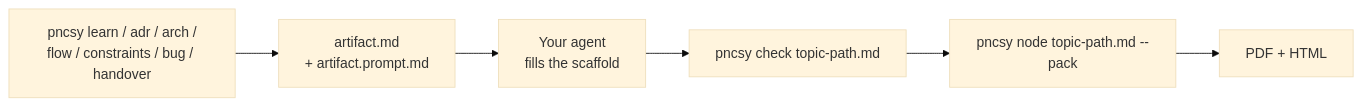
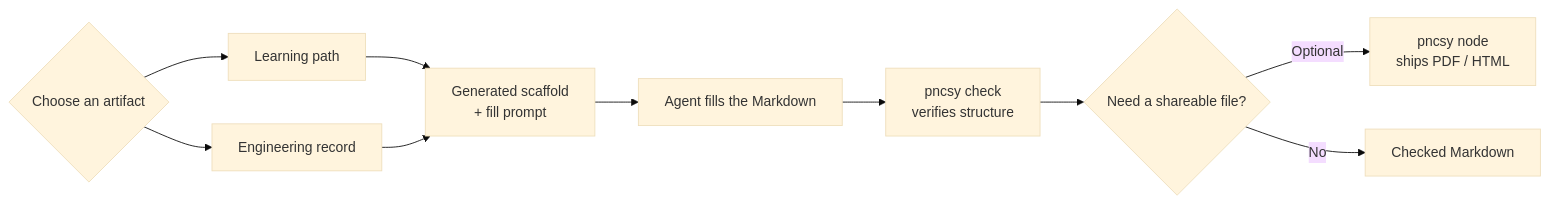
The diagram in README.md (kushjaggi/pncsy), drawn with Mermaid (base theme) before and after one commit. The commit also changed other lines of this file, not shown here.

Commit message:
docs: clarify artifact workflow

````diff
--- a/README.md
+++ b/README.md
@@ -40,8 +40,12 @@
 ```mermaid
 flowchart LR
-  A["pncsy learn / adr / arch /\nflow / constraints / bug / handover"] --> B["artifact.md\n+ artifact.prompt.md"]
-  B --> C["Your agent\nfills the scaffold"]
-  C --> D["pncsy check topic-path.md"]
-  D --> E["pncsy node topic-path.md --pack"]
-  E --> F["PDF + HTML"]
+  A{"Choose an artifact"} --> L["Learning path"]
+  A --> R["Engineering record"]
+  L --> B["Generated scaffold\n+ fill prompt"]
+  R --> B
+  B --> C["Agent fills the Markdown"]
+  C --> D["pncsy check\nverifies structure"]
+  D --> E{"Need a shareable file?"}
+  E -->|"Optional"| F["pncsy node\nships PDF / HTML"]
+  E -->|"No"| G["Checked Markdown"]
 ```
````
